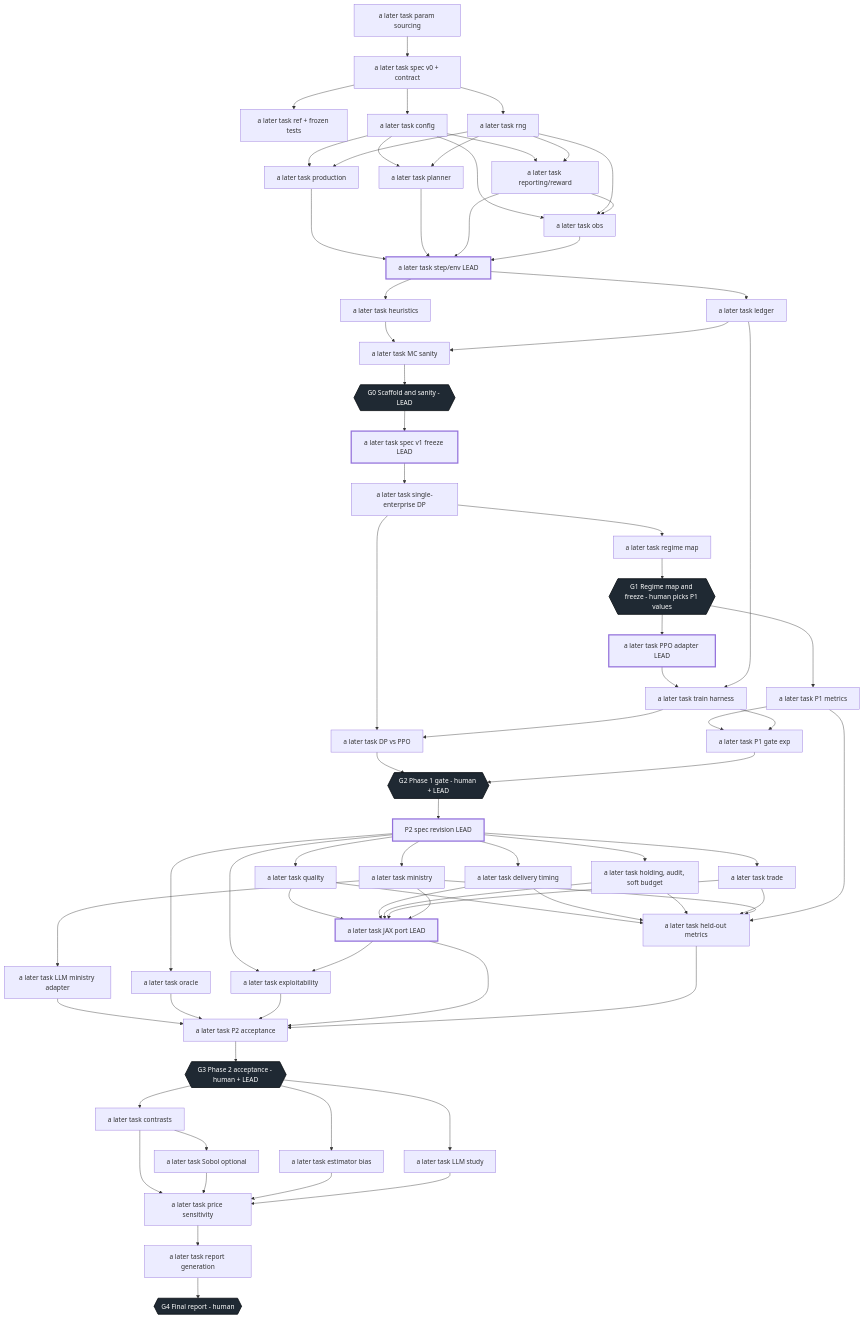
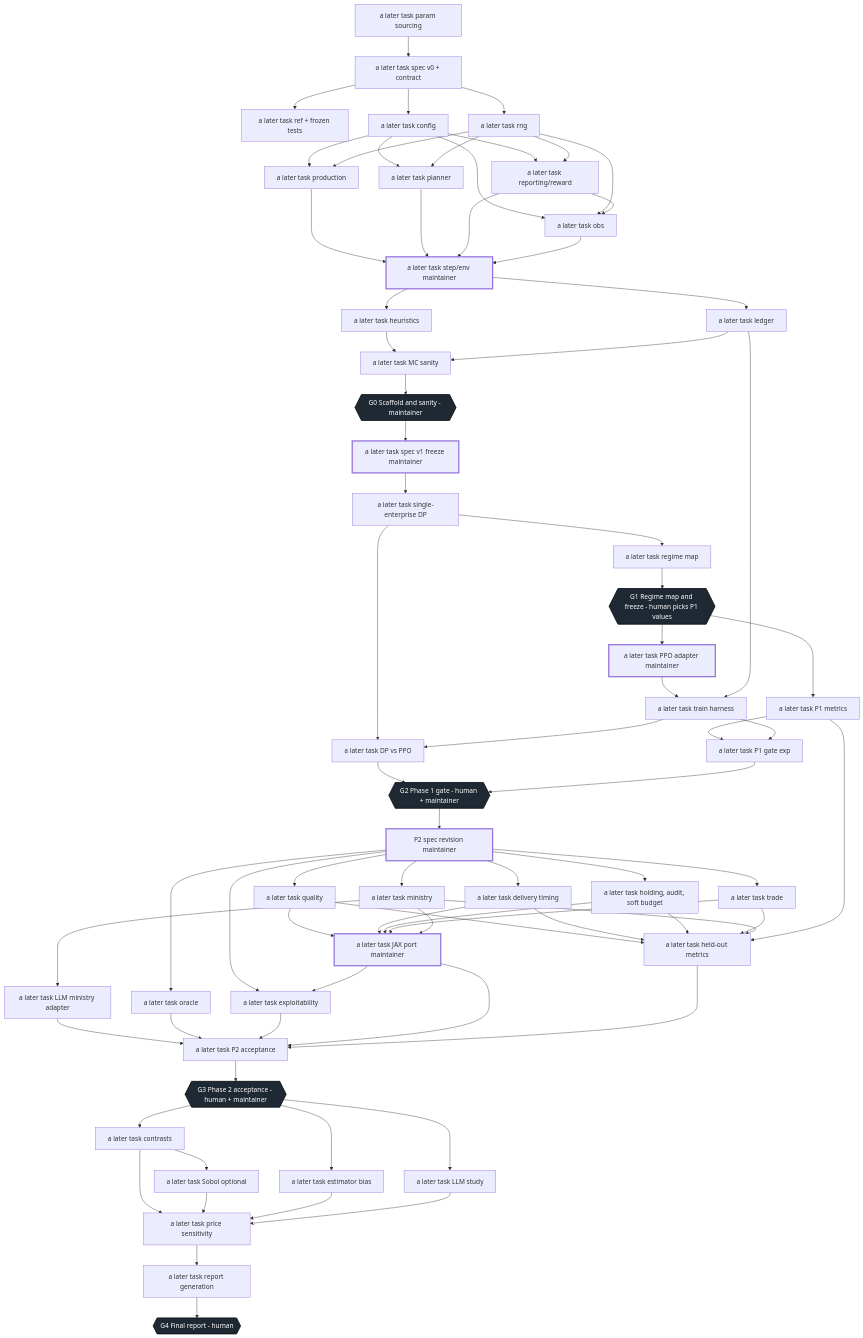
The diagram in ROADMAP.md (Xocas12/gosplan-env), drawn with Mermaid before and after one commit. The commit also changed other lines of this file and 73 other files, not shown here.

```diff
--- a/ROADMAP.md
+++ b/ROADMAP.md
@@ -109,7 +109,7 @@
   WO004 --> WO007
   WO004 --> WO008
   WO007 --> WO008
-  WO005 --> WO009["a later task step/env LEAD"]
+  WO005 --> WO009["a later task step/env maintainer"]
   WO006 --> WO009
   WO007 --> WO009
   WO008 --> WO009
@@ -117,25 +117,25 @@
   WO009 --> WO011["a later task ledger"]
   WO010 --> WO012["a later task MC sanity"]
   WO011 --> WO012
-  WO012 --> G0{{"G0 Scaffold and sanity - LEAD"}}
+  WO012 --> G0{{"G0 Scaffold and sanity - maintainer"}}
 
-  G0 --> WO013["a later task spec v1 freeze LEAD"]
+  G0 --> WO013["a later task spec v1 freeze maintainer"]
   WO013 --> WO014["a later task single-enterprise DP"]
   WO014 --> WO015["a later task regime map"]
   WO015 --> G1{{"G1 Regime map and freeze - human picks P1 values"}}
 
   G1 --> WO016["a later task P1 metrics"]
-  G1 --> WO017["a later task PPO adapter LEAD"]
+  G1 --> WO017["a later task PPO adapter maintainer"]
   WO017 --> WO018["a later task train harness"]
   WO011 --> WO018
   WO014 --> WO019["a later task DP vs PPO"]
   WO018 --> WO019
   WO016 --> WO020["a later task P1 gate exp"]
   WO018 --> WO020
-  WO019 --> G2{{"G2 Phase 1 gate - human + LEAD"}}
+  WO019 --> G2{{"G2 Phase 1 gate - human + maintainer"}}
   WO020 --> G2
 
-  G2 --> P2SPEC["P2 spec revision LEAD"]
+  G2 --> P2SPEC["P2 spec revision maintainer"]
   P2SPEC --> WO021["a later task quality"]
   P2SPEC --> WO022["a later task delivery timing"]
   P2SPEC --> WO023["a later task holding, audit, soft budget"]
@@ -144,7 +144,7 @@
   P2SPEC --> WO027["a later task oracle"]
   P2SPEC --> WO028["a later task exploitability"]
   WO025 --> WO026["a later task LLM ministry adapter"]
-  WO021 --> WO029["a later task JAX port LEAD"]
+  WO021 --> WO029["a later task JAX port maintainer"]
   WO022 --> WO029
   WO023 --> WO029
   WO024 --> WO029
@@ -161,7 +161,7 @@
   WO028 --> WO031
   WO029 --> WO031
   WO030 --> WO031
-  WO031 --> G3{{"G3 Phase 2 acceptance - human + LEAD"}}
+  WO031 --> G3{{"G3 Phase 2 acceptance - human + maintainer"}}
 
   G3 --> WO032["a later task contrasts"]
   G3 --> WO034["a later task estimator bias"]
```
